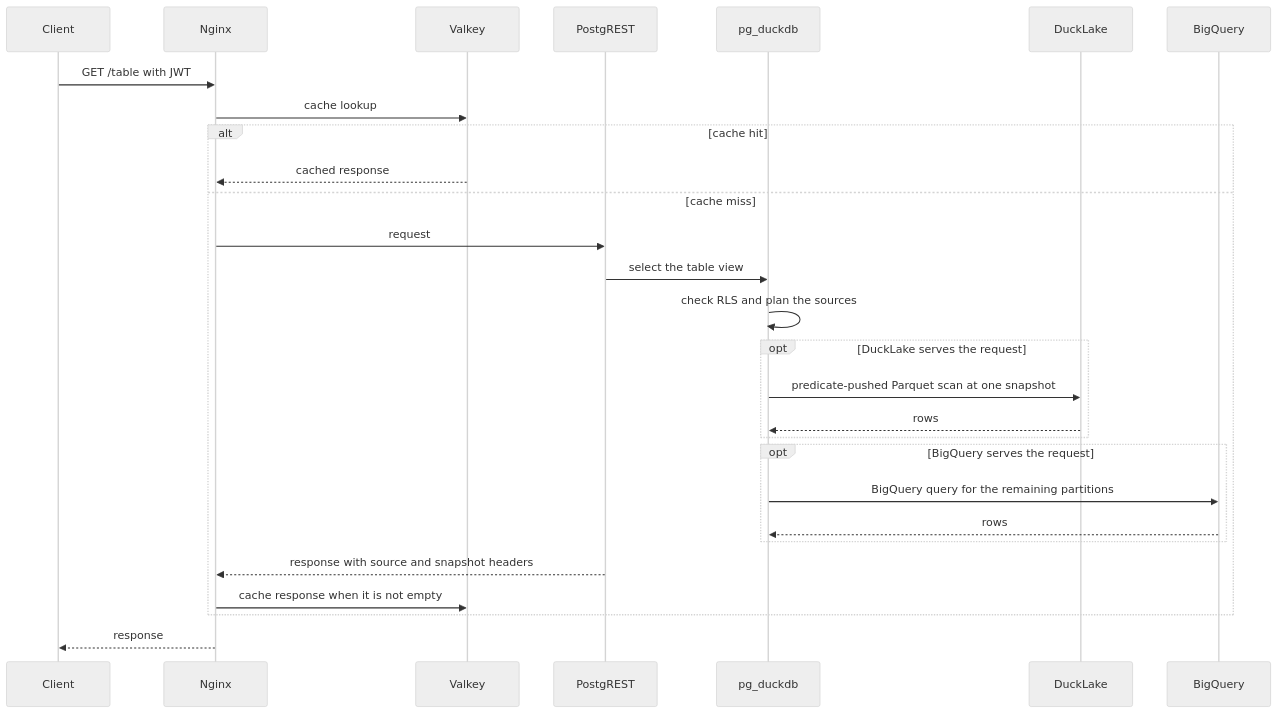
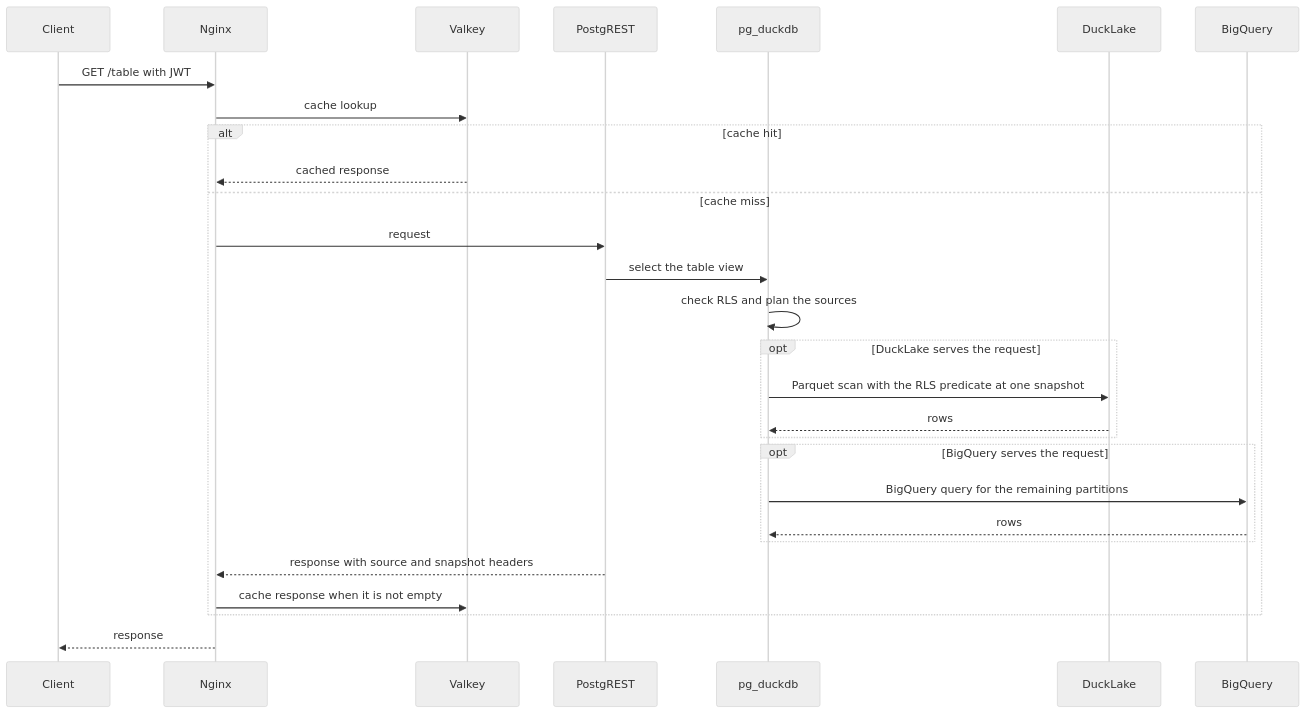
One commit to prefeitura-rio/data-proxy changed the second of 2 diagrams in docs/architecture.md. Above: the diagram before and after it, drawn with Mermaid (neutral theme). The commit also changed other lines of this file and 4 other files, not shown here.

````diff
--- a/docs/architecture.md
+++ b/docs/architecture.md
@@ -104,31 +104,31 @@
 ```mermaid
 sequenceDiagram
     participant C as Client
     participant N as Nginx
     participant V as Valkey
     participant API as PostgREST
     participant PG as pg_duckdb
     participant DL as DuckLake
     participant BQ as BigQuery
 
     C->>N: GET /table with JWT
     N->>V: cache lookup
     alt cache hit
         V-->>N: cached response
     else cache miss
         N->>API: request
         API->>PG: select the table view
         PG->>PG: check RLS and plan the sources
         opt DuckLake serves the request
-            PG->>DL: predicate-pushed Parquet scan at one snapshot
+            PG->>DL: Parquet scan with the RLS predicate at one snapshot
             DL-->>PG: rows
         end
         opt BigQuery serves the request
             PG->>BQ: BigQuery query for the remaining partitions
             BQ-->>PG: rows
         end
         API-->>N: response with source and snapshot headers
         N->>V: cache response when it is not empty
     end
     N-->>C: response
 ```
````
